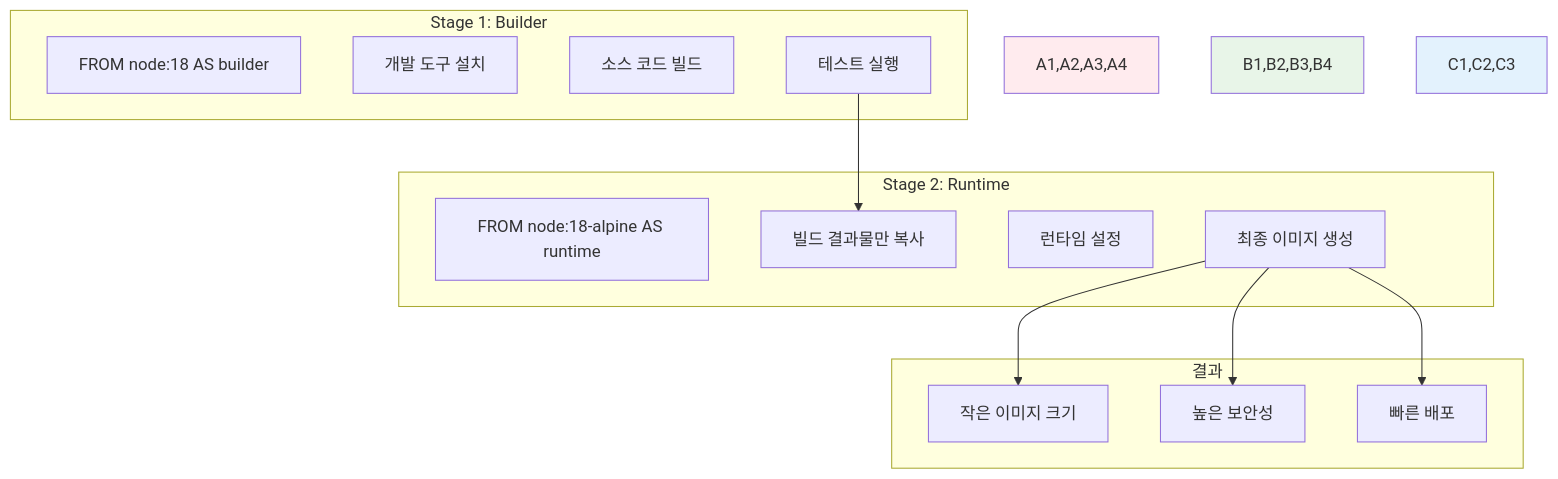
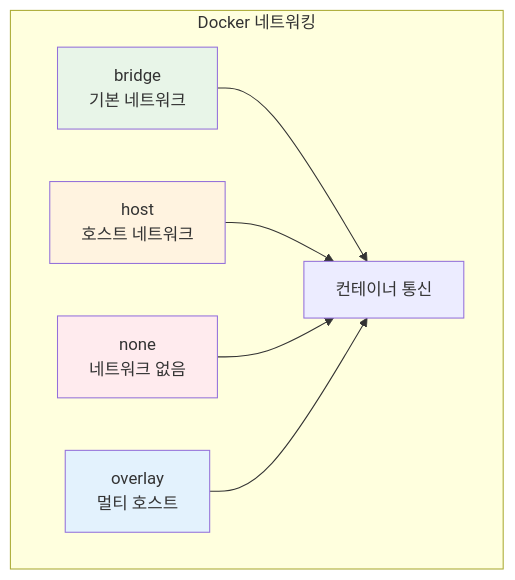
Before and after one commit to niceguy61/kdt_devops_lecture_2025: the first of 3 diagrams in theory/week_01/day3/session_3.md, drawn with Mermaid. The commit also changed other lines of this file and 26 other files, not shown here.

````diff
--- a/theory/week_01/day3/session_3.md
+++ b/theory/week_01/day3/session_3.md
@@ -76,32 +44,14 @@
 ```mermaid
 graph TB
-    subgraph "Stage 1: Builder"
-        A1[FROM node:18 AS builder]
-        A2[개발 도구 설치]
-        A3[소스 코드 빌드]
-        A4[테스트 실행]
+    subgraph "Docker 네트워킹"
+        A[bridge<br/>기본 네트워크] --> E[컨테이너 통신]
+        B[host<br/>호스트 네트워크] --> E
+        C[none<br/>네트워크 없음] --> E
+        D[overlay<br/>멀티 호스트] --> E
     end
     
-    subgraph "Stage 2: Runtime"
-        B1[FROM node:18-alpine AS runtime]
-        B2[빌드 결과물만 복사]
-        B3[런타임 설정]
-        B4[최종 이미지 생성]
-    end
-    
-    A4 --> B2
-    
-    subgraph "결과"
-        C1[작은 이미지 크기]
-        C2[높은 보안성]
-        C3[빠른 배포]
-    end
-    
-    B4 --> C1
-    B4 --> C2
-    B4 --> C3
-    
-    style A1,A2,A3,A4 fill:#ffebee
-    style B1,B2,B3,B4 fill:#e8f5e8
-    style C1,C2,C3 fill:#e3f2fd
+    style A fill:#e8f5e8
+    style B fill:#fff3e0
+    style C fill:#ffebee
+    style D fill:#e3f2fd
 ```
````
